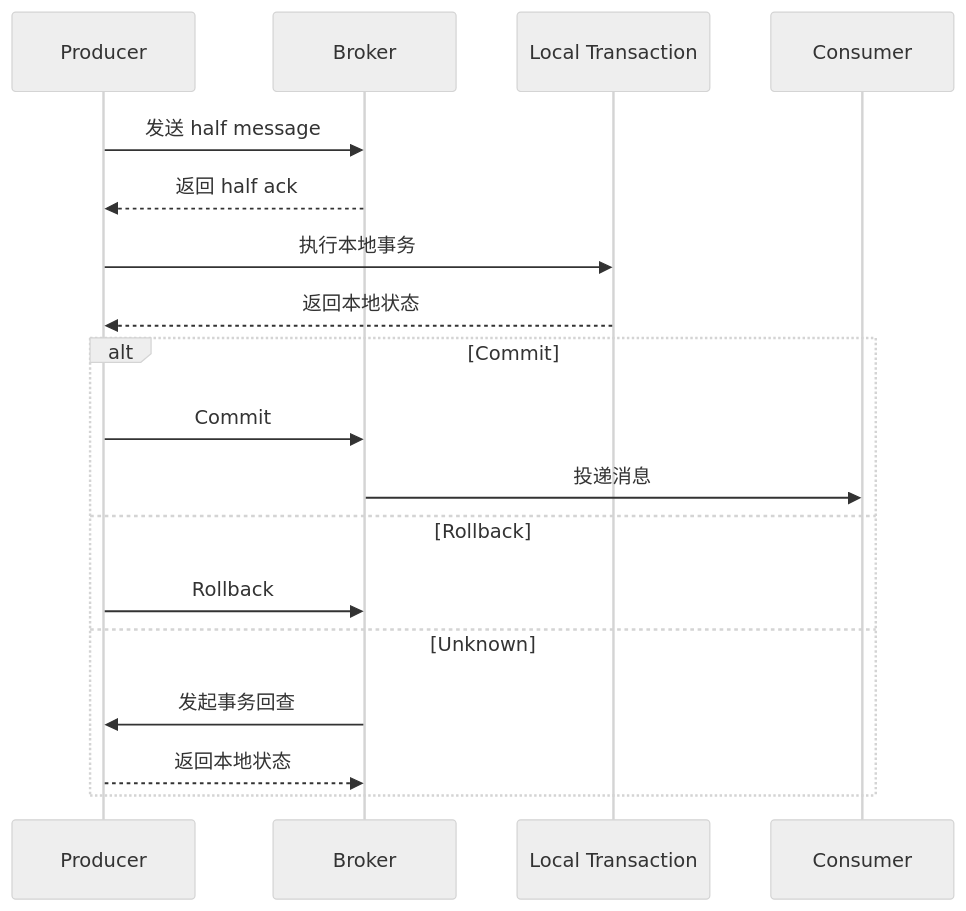
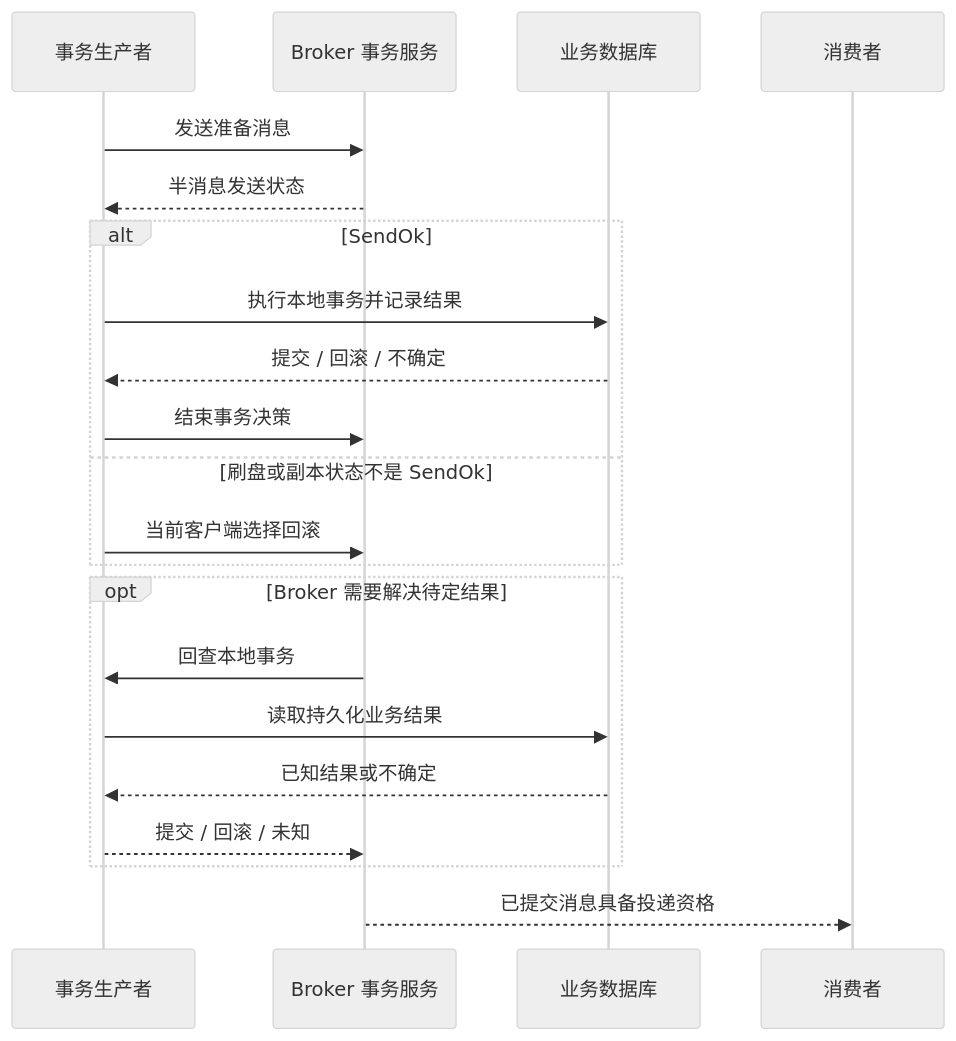
Before and after one commit to mxsm/rocketmq-rust: the diagram in rocketmq-website/i18n/zh-CN/docusaurus-plugin-content-docs/current/producer/transaction-messages.md, drawn with Mermaid (neutral theme). The commit also changed other lines of this file and 16 other files, not shown here.

````diff
--- a/rocketmq-website/i18n/zh-CN/docusaurus-plugin-content-docs/current/producer/transaction-messages.md
+++ b/rocketmq-website/i18n/zh-CN/docusaurus-plugin-content-docs/current/producer/transaction-messages.md
@@ -22,22 +13,23 @@
 ```mermaid
 sequenceDiagram
-    participant P as Producer
-    participant B as Broker
-    participant L as Local Transaction
-    participant C as Consumer
-
-    P->>B: 发送 half message
-    B-->>P: 返回 half ack
-    P->>L: 执行本地事务
-    L-->>P: 返回本地状态
-
-    alt Commit
-        P->>B: Commit
-        B->>C: 投递消息
-    else Rollback
-        P->>B: Rollback
-    else Unknown
-        B->>P: 发起事务回查
-        P-->>B: 返回本地状态
+    participant P as 事务生产者
+    participant B as Broker 事务服务
+    participant D as 业务数据库
+    participant C as 消费者
+    P->>B: 发送准备消息
+    B-->>P: 半消息发送状态
+    alt SendOk
+        P->>D: 执行本地事务并记录结果
+        D-->>P: 提交 / 回滚 / 不确定
+        P->>B: 结束事务决策
+    else 刷盘或副本状态不是 SendOk
+        P->>B: 当前客户端选择回滚
     end
+    opt Broker 需要解决待定结果
+        B->>P: 回查本地事务
+        P->>D: 读取持久化业务结果
+        D-->>P: 已知结果或不确定
+        P-->>B: 提交 / 回滚 / 未知
+    end
+    B-->>C: 已提交消息具备投递资格
 ```
````
